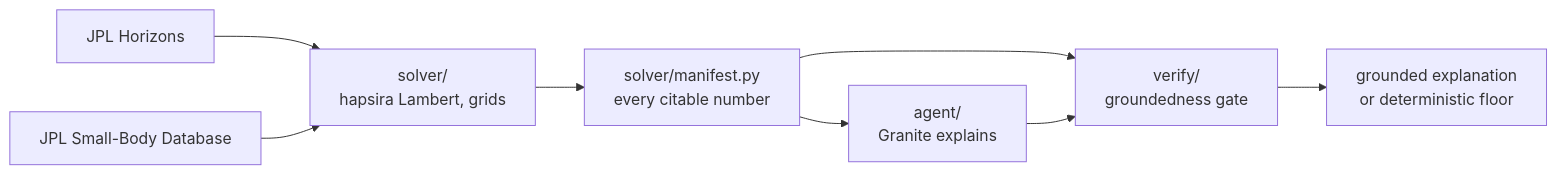
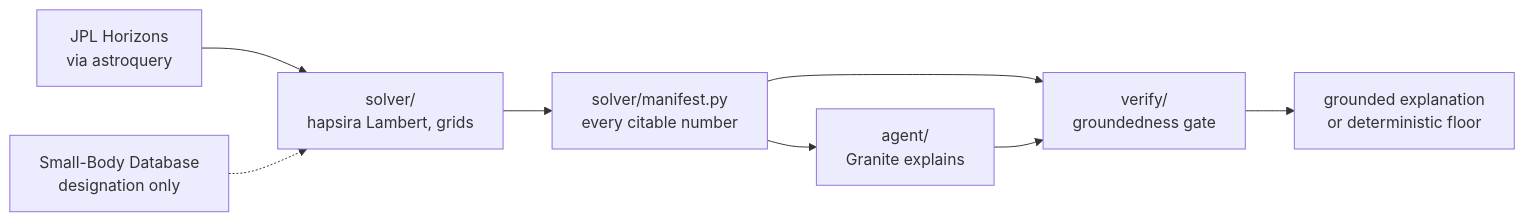
Before and after one commit to sh4wnbk/hits: the diagram in README.md, drawn with Mermaid. The commit also changed other lines of this file and 2 other files, not shown here.

Commit message:
docs: credit JPL Horizons and the SBDB as the space-data layer
The grep found both named in six documents, but only ever as an internal
data-layer note: a two-row table in tech-stack.md with no pointer to code,
and a box in the architecture diagram. They are the services this project
is an accessibility layer over, so they get a stack section that says where
they enter the code, which is solver/fetch.py through astroquery.

The same grep over solver/, agent/ and verify/ showed the Small-Body
Database is never called programmatically. It supplies the designation that
pins the orbit solution, the Horizons id 1I, and nothing else. Both
diagrams showed it as a wired feed and now show what it actually is.

````diff
--- a/README.md
+++ b/README.md
@@ -63,10 +63,10 @@
 ```mermaid
 flowchart LR
-  H[JPL Horizons] --> S
-  SBDB[JPL Small-Body Database] --> S
+  H[JPL Horizons<br/>via astroquery] --> S
+  SBDB[Small-Body Database<br/>designation only] -.-> S
   S[solver/<br/>hapsira Lambert, grids] --> M[solver/manifest.py<br/>every citable number]
   M --> A[agent/<br/>Granite explains]
   M --> V[verify/<br/>groundedness gate]
   A --> V
   V --> R[grounded explanation<br/>or deterministic floor]
 ```
````
